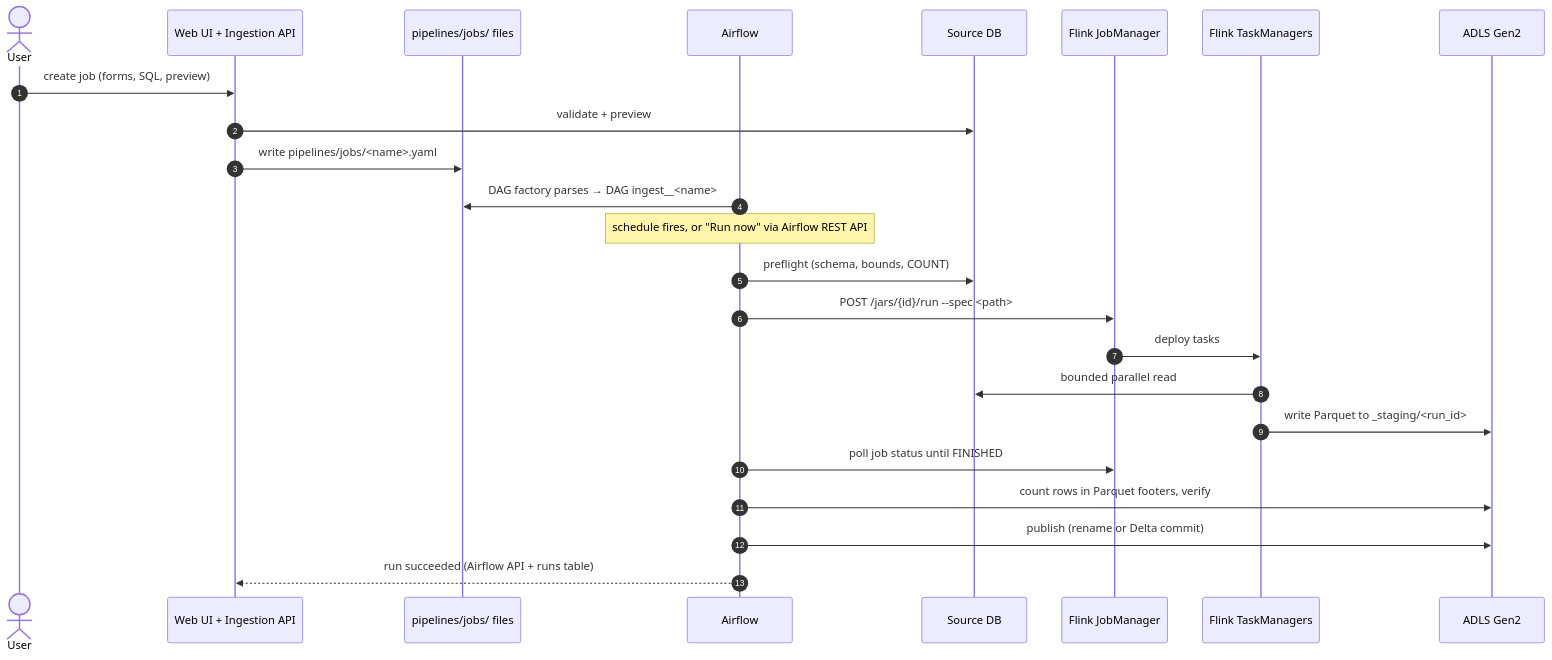
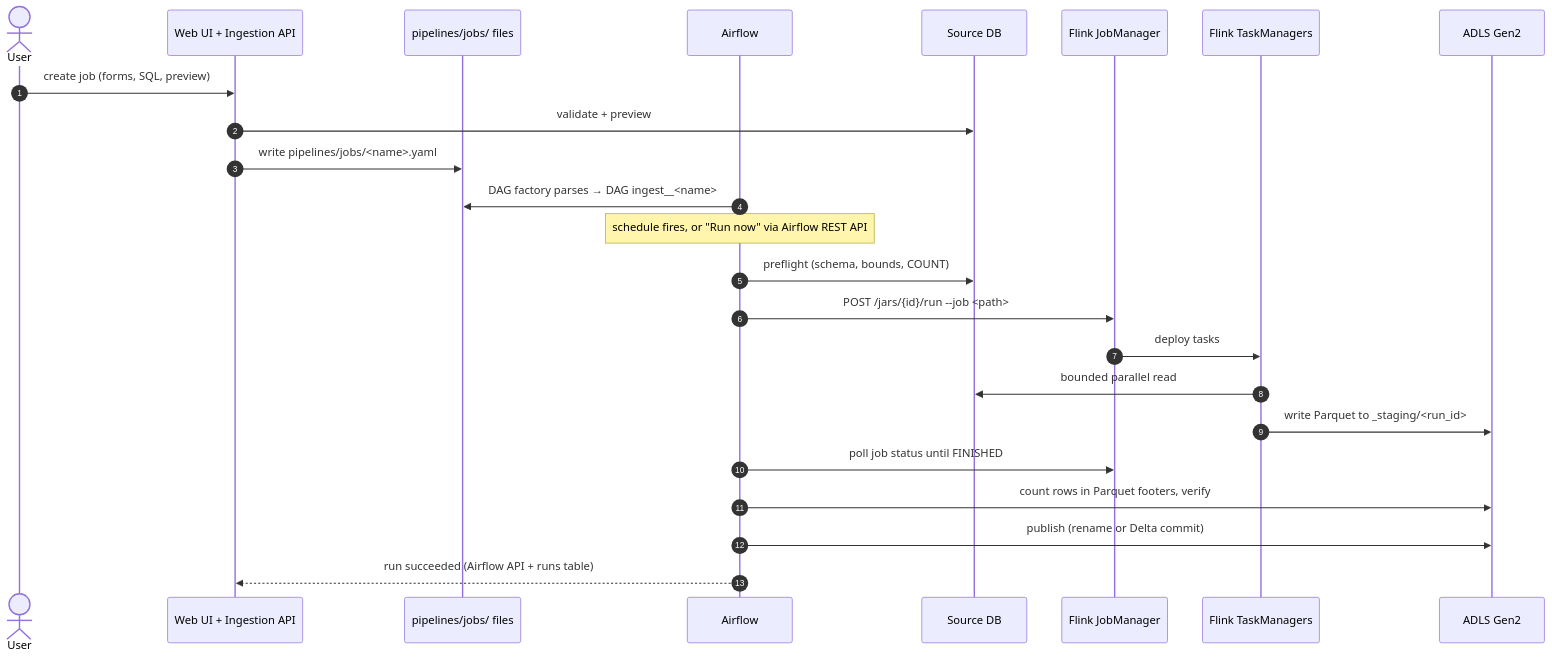
One commit to thanhphat2609/data-onboarding-ingestion changed the diagram in docs/architecture.md. Above: the diagram before and after it, drawn with Mermaid. The commit also changed other lines of this file and 42 other files, not shown here.

````diff
--- a/docs/architecture.md
+++ b/docs/architecture.md
@@ -168,27 +171,27 @@
 ```mermaid
 sequenceDiagram
     autonumber
     actor U as User
     participant API as Web UI + Ingestion API
     participant FS as pipelines/jobs/ files
     participant AF as Airflow
     participant SRC as Source DB
     participant JM as Flink JobManager
     participant TM as Flink TaskManagers
     participant LAKE as ADLS Gen2
 
     U->>API: create job (forms, SQL, preview)
     API->>SRC: validate + preview
     API->>FS: write pipelines/jobs/<name>.yaml
     AF->>FS: DAG factory parses → DAG ingest__<name>
     Note over AF: schedule fires, or "Run now" via Airflow REST API
     AF->>SRC: preflight (schema, bounds, COUNT)
-    AF->>JM: POST /jars/{id}/run --spec <path>
+    AF->>JM: POST /jars/{id}/run --job <path>
     JM->>TM: deploy tasks
     TM->>SRC: bounded parallel read
     TM->>LAKE: write Parquet to _staging/<run_id>
     AF->>JM: poll job status until FINISHED
     AF->>LAKE: count rows in Parquet footers, verify
     AF->>LAKE: publish (rename or Delta commit)
     AF-->>API: run succeeded (Airflow API + runs table)
 ```
````
